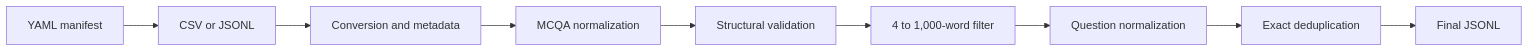
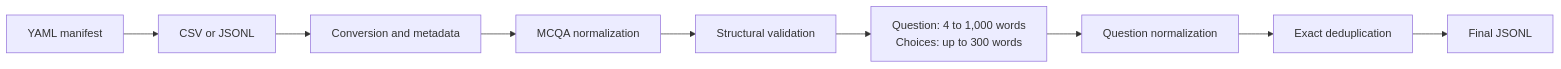
One commit to gap-ufg/mmlu-pt changed the diagram in README.md. Above: the diagram before and after it, drawn with Mermaid. The commit also changed other lines of this file and 3 other files, not shown here.

````diff
--- a/README.md
+++ b/README.md
@@ -17,11 +17,11 @@
 ```mermaid
 flowchart LR
     A[YAML manifest] --> B[CSV or JSONL]
     B --> C[Conversion and metadata]
     C --> D[MCQA normalization]
     D --> E[Structural validation]
-    E --> F[4 to 1,000-word filter]
+    E --> F[Question: 4 to 1,000 words<br/>Choices: up to 300 words]
     F --> G[Question normalization]
     G --> H[Exact deduplication]
     H --> I[Final JSONL]
 ```
````
